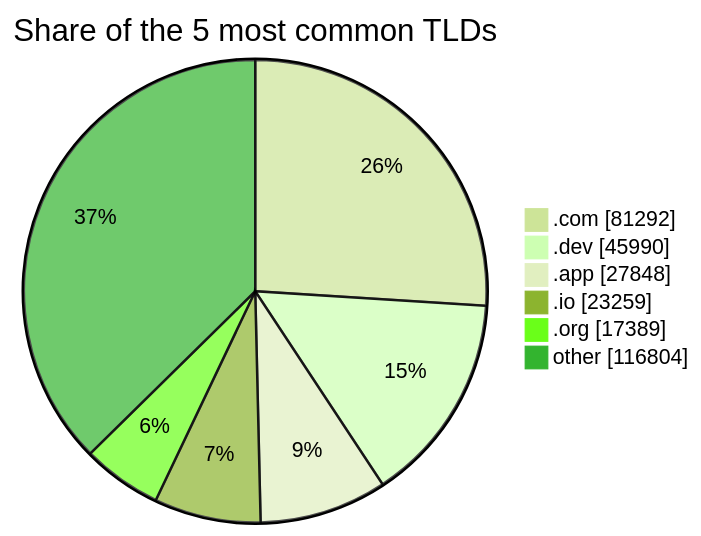
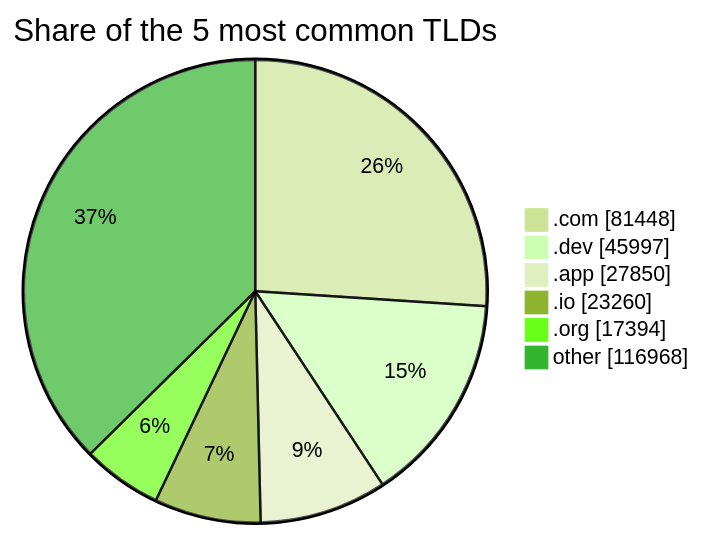
Before and after one commit to DNSBunker/CTI: the third of 3 diagrams in README.md, drawn with Mermaid (forest theme). The commit also changed other lines of this file and 3 other files, not shown here.

````diff
--- a/README.md
+++ b/README.md
@@ -81,9 +81,9 @@
 ```mermaid
 pie showData title Share of the 5 most common TLDs
-    ".com" : 81292
-    ".dev" : 45990
-    ".app" : 27848
-    ".io" : 23259
-    ".org" : 17389
-    "other" : 116804
+    ".com" : 81448
+    ".dev" : 45997
+    ".app" : 27850
+    ".io" : 23260
+    ".org" : 17394
+    "other" : 116968
 ```
````
